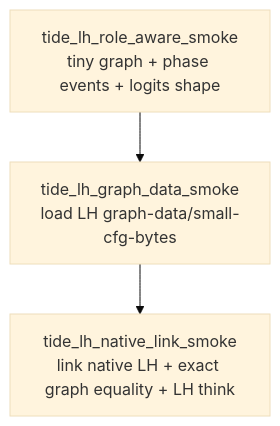
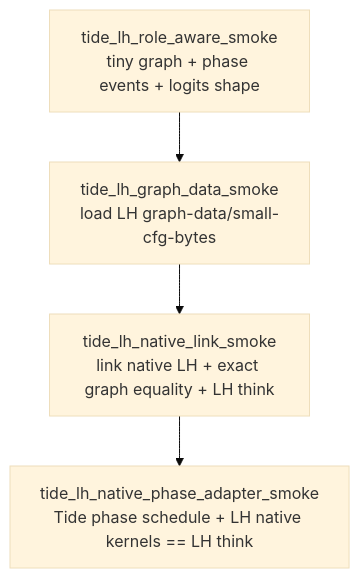
The fifth of 5 diagrams in 20-tide-decentralized-neural-network/current-architecture-state.md (ZichaoLong/ObsidianVault), drawn with Mermaid (base theme) before and after one commit. The commit also changed other lines of this file, not shown here.

Commit message:
Clarify TIDE LH native middle route

````diff
--- a/20-tide-decentralized-neural-network/current-architecture-state.md
+++ b/20-tide-decentralized-neural-network/current-architecture-state.md
@@ -145,9 +183,11 @@
 ```mermaid
 flowchart TB
   T1["tide_lh_role_aware_smoke<br/>tiny graph + phase events + logits shape"]
   T2["tide_lh_graph_data_smoke<br/>load LH graph-data/small-cfg-bytes"]
   T3["tide_lh_native_link_smoke<br/>link native LH + exact graph equality + LH think"]
+  T4["tide_lh_native_phase_adapter_smoke<br/>Tide phase schedule + LH native kernels == LH think"]
 
   T1 --> T2
   T2 --> T3
+  T3 --> T4
 ```
````
